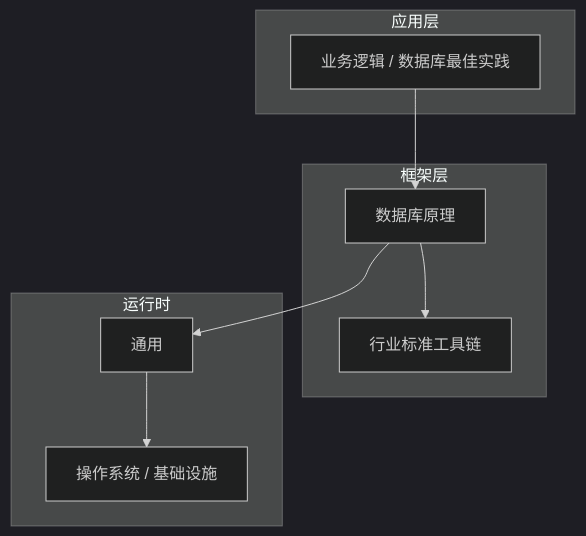
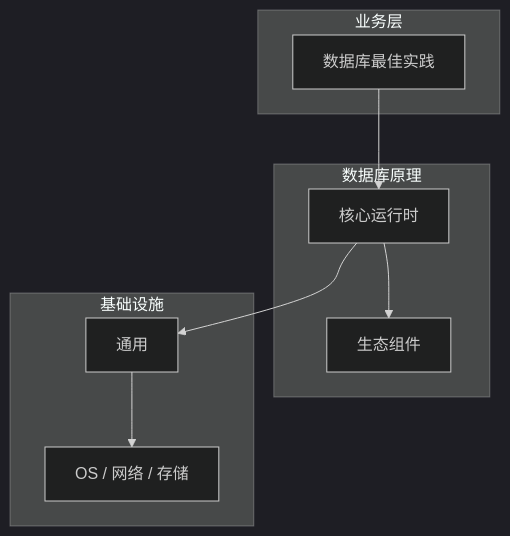
One commit to yanggan2015/knowledge-json-v2 changed the diagram in articles/数据库原理/chapters/114-数据库最佳实践核心概念与原理.md. Above: the diagram before and after it, drawn with Mermaid (dark theme). The commit also changed other lines of this file and 10127 other files, not shown here.

````diff
--- a/articles/数据库原理/chapters/114-数据库最佳实践核心概念与原理.md
+++ b/articles/数据库原理/chapters/114-数据库最佳实践核心概念与原理.md
@@ -45,18 +34,18 @@
 ```mermaid
 graph TB
-    subgraph 应用层
-        A[业务逻辑 / 数据库最佳实践]
+    subgraph 业务层
+        A[数据库最佳实践]
     end
-    subgraph 框架层
-        B[数据库原理]
-        C[行业标准工具链]
+    subgraph 数据库原理
+        B[核心运行时]
+        C[生态组件]
     end
-    subgraph 运行时
+    subgraph 基础设施
         D[通用]
-        E[操作系统 / 基础设施]
+        E[OS / 网络 / 存储]
     end
     A --> B
     B --> C
     B --> D
     D --> E
 ```
````
